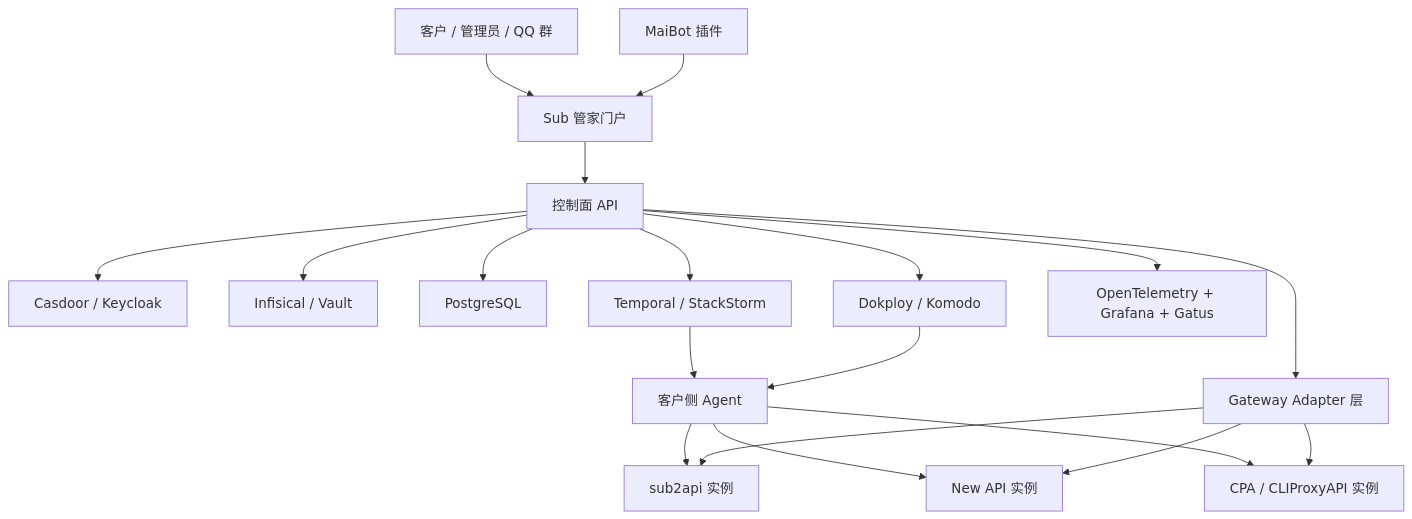
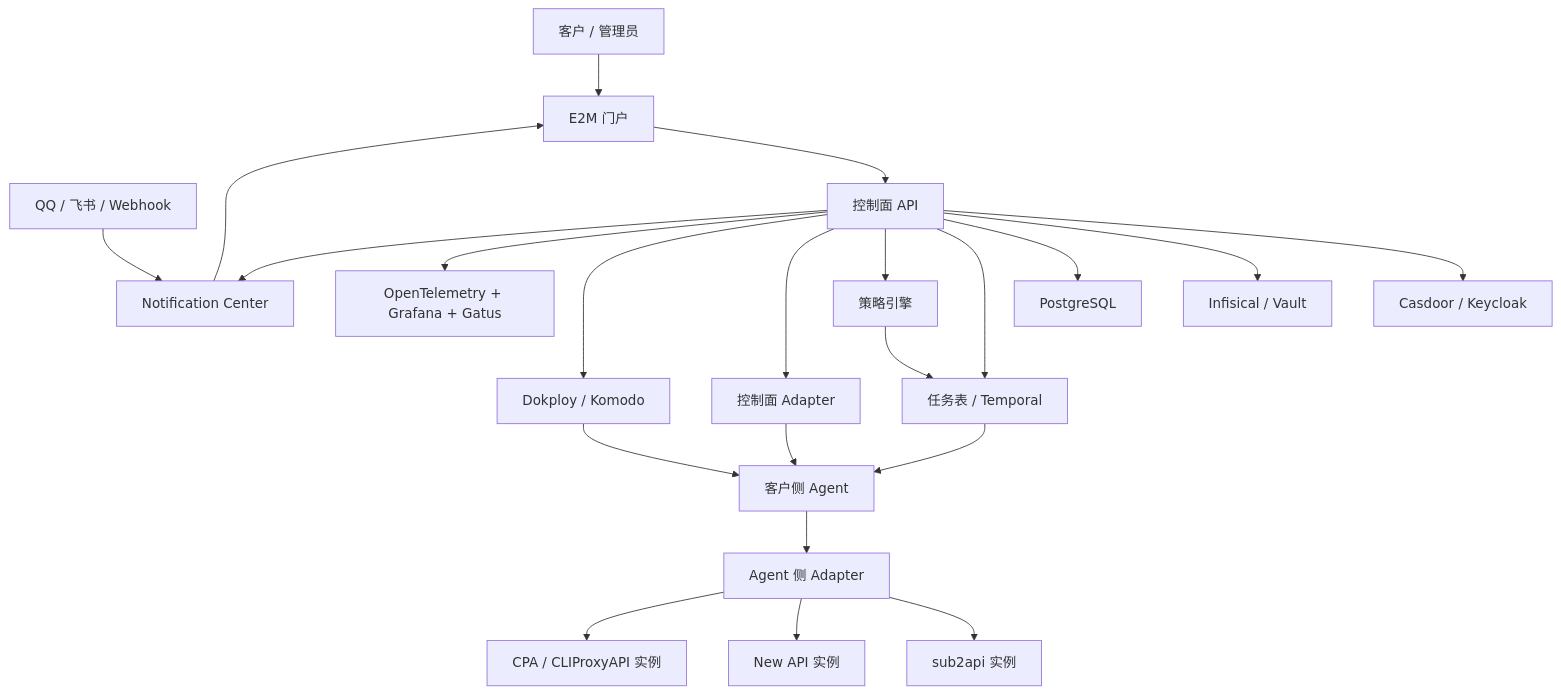
The diagram in docs/architecture/e2mapi-platform-architecture.md (Jerrry030/e2mapi-archive), drawn with Mermaid before and after one commit. The commit also changed other lines of this file and 940 other files, not shown here.

````diff
--- a/docs/architecture/e2mapi-platform-architecture.md
+++ b/docs/architecture/e2mapi-platform-architecture.md
@@ -83,26 +96,28 @@
 ```mermaid
 flowchart TD
-    User["客户 / 管理员 / QQ 群"] --> Portal["Sub 管家门户"]
-    QQ["MaiBot 插件"] --> Portal
+    User["客户 / 管理员"] --> Portal["E2M 门户"]
+    QQ["QQ / 飞书 / Webhook"] --> Notify["Notification Center"]
+    Notify --> Portal
 
     Portal --> API["控制面 API"]
     API --> IAM["Casdoor / Keycloak"]
     API --> Secret["Infisical / Vault"]
     API --> DB["PostgreSQL"]
-    API --> WF["Temporal / StackStorm"]
+    API --> WF["任务表 / Temporal"]
+    API --> Policy["策略引擎"]
+    API --> ControlAdapter["控制面 Adapter"]
 
     API --> Deploy["Dokploy / Komodo"]
     API --> Observe["OpenTelemetry + Grafana + Gatus"]
+    API --> Notify
 
     WF --> Agent["客户侧 Agent"]
     Deploy --> Agent
+    ControlAdapter --> Agent
+    Policy --> WF
 
-    Agent --> Sub2API["sub2api 实例"]
-    Agent --> NewAPI["New API 实例"]
-    Agent --> CPA["CPA / CLIProxyAPI 实例"]
-
-    API --> Adapter["Gateway Adapter 层"]
-    Adapter --> Sub2API
-    Adapter --> NewAPI
-    Adapter --> CPA
+    Agent --> LocalAdapter["Agent 侧 Adapter"]
+    LocalAdapter --> Sub2API["sub2api 实例"]
+    LocalAdapter --> NewAPI["New API 实例"]
+    LocalAdapter --> CPA["CPA / CLIProxyAPI 实例"]
 ```
````
